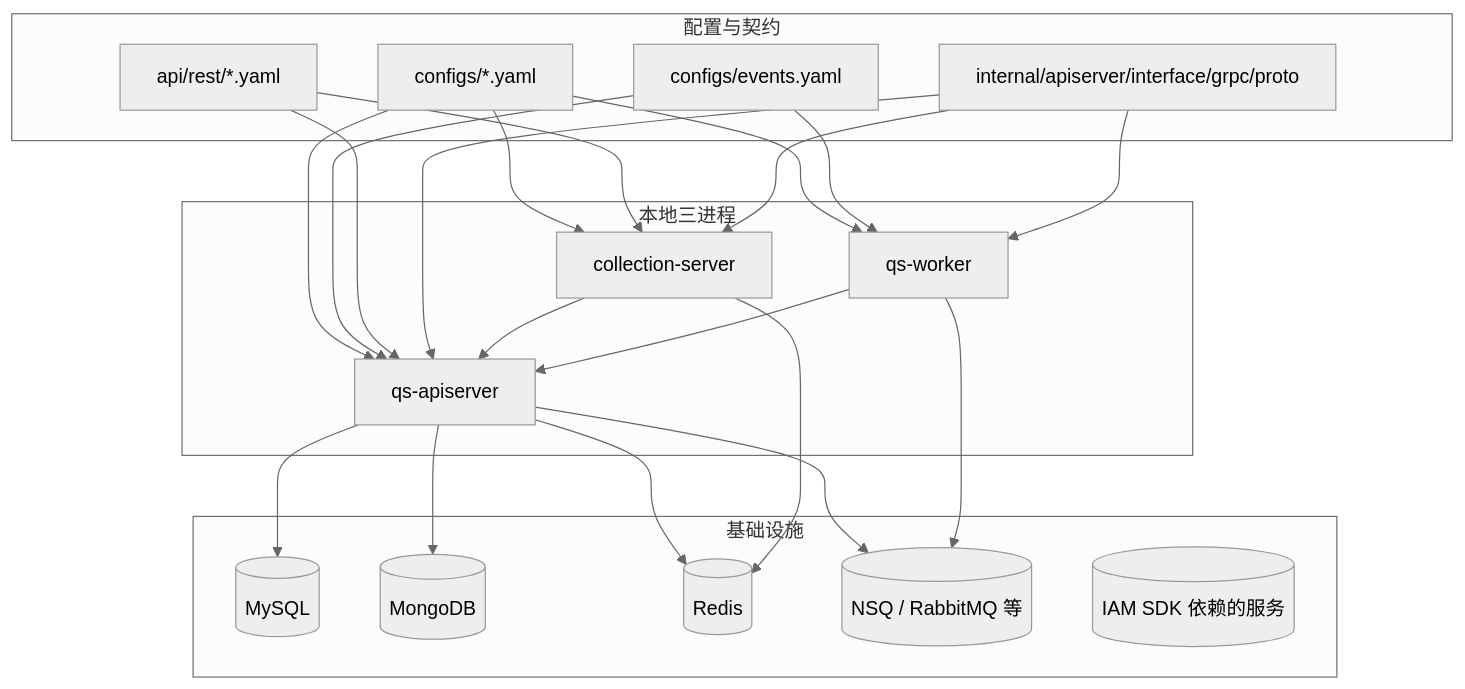
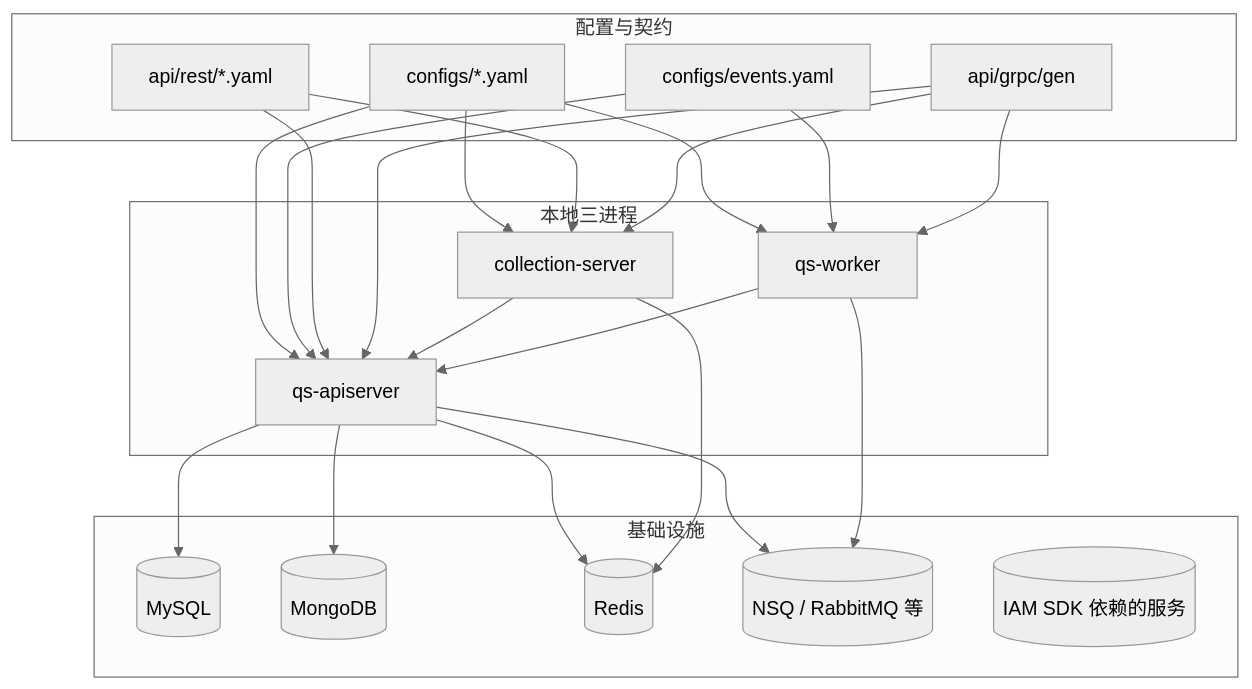
The diagram in docs/00-总览/04-本地开发与配置约定.md (FangcunMount/qs-server), drawn with Mermaid (neutral theme) before and after one commit. The commit also changed other lines of this file and 65 other files, not shown here.

````diff
--- a/docs/00-总览/04-本地开发与配置约定.md
+++ b/docs/00-总览/04-本地开发与配置约定.md
@@ -32,43 +32,43 @@
 ```mermaid
 flowchart TB
     subgraph processes[本地三进程]
         api[qs-apiserver]
         col[collection-server]
         worker[qs-worker]
     end
 
     subgraph configs[配置与契约]
         yaml[configs/*.yaml]
         events[configs/events.yaml]
         rest[api/rest/*.yaml]
-        proto[internal/apiserver/interface/grpc/proto]
+        proto[api/grpc/gen]
     end
 
     subgraph infra[基础设施]
         mysql[(MySQL)]
         mongo[(MongoDB)]
         redis[(Redis)]
         mq[(NSQ / RabbitMQ 等)]
         iam[(IAM SDK 依赖的服务)]
     end
 
     yaml --> api
     yaml --> col
     yaml --> worker
     events --> api
     events --> worker
     rest --> api
     rest --> col
     proto --> api
     proto --> col
     proto --> worker
 
     api --> mysql
     api --> mongo
     api --> redis
     api --> mq
     col --> redis
     col --> api
     worker --> mq
     worker --> api
 ```
````
